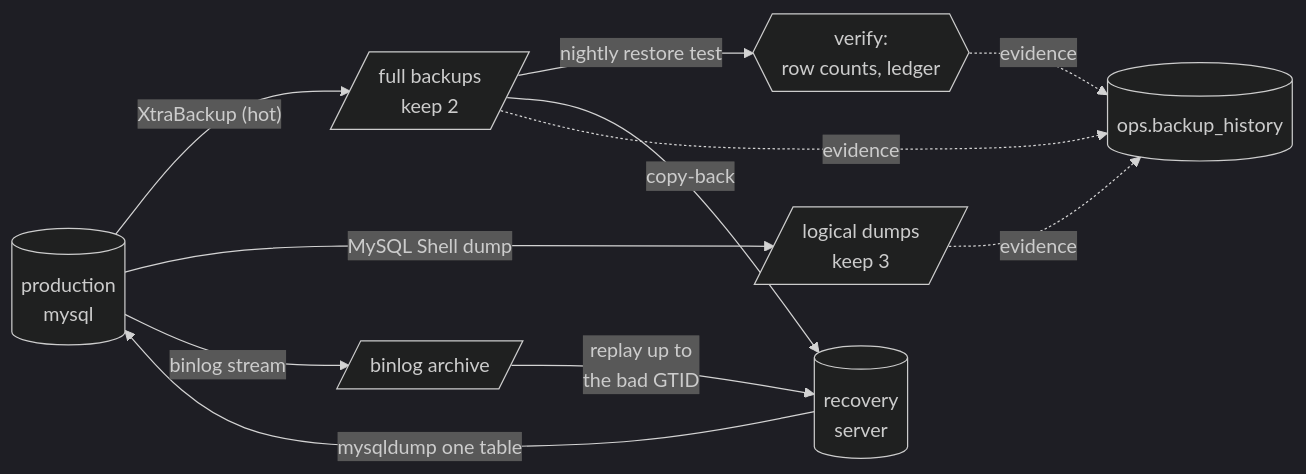
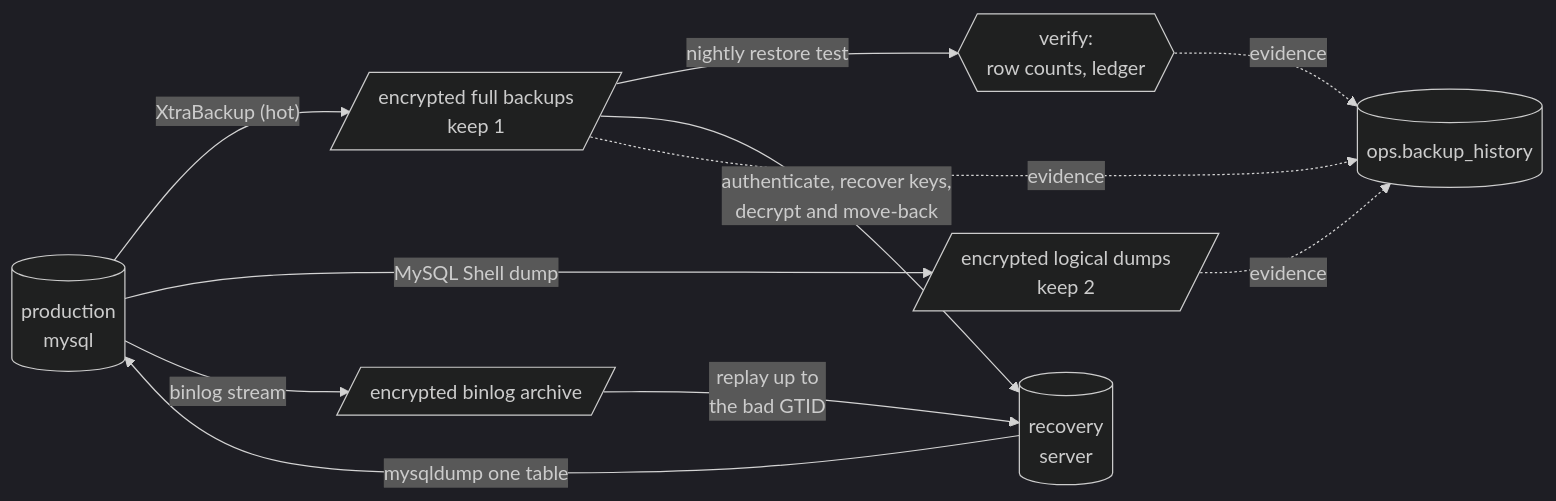
The diagram in docs/03-backup-dr.md (mhashimzaffarvirk1995-prog/DBA-profolio), drawn with Mermaid (dark theme) before and after one commit. The commit also changed other lines of this file and 75 other files, not shown here.

````diff
--- a/docs/03-backup-dr.md
+++ b/docs/03-backup-dr.md
@@ -13,11 +27,11 @@
 ```mermaid
 flowchart LR
-  P[(production<br/>mysql)] -- "XtraBackup (hot)" --> F[/full backups<br/>keep 2/]
-  P -- "MySQL Shell dump" --> L[/logical dumps<br/>keep 3/]
-  P -- "binlog stream" --> B[/binlog archive/]
+  P[(production<br/>mysql)] -- "XtraBackup (hot)" --> F[/encrypted full backups<br/>keep 1/]
+  P -- "MySQL Shell dump" --> L[/encrypted logical dumps<br/>keep 2/]
+  P -- "binlog stream" --> B[/encrypted binlog archive/]
   F -- "nightly restore test" --> V{{verify:<br/>row counts, ledger}}
-  F -- "copy-back" --> R[(recovery<br/>server)]
+  F -- "authenticate, recover keys,<br/>decrypt and move-back" --> R[(recovery<br/>server)]
   B -- "replay up to<br/>the bad GTID" --> R
   R -- "mysqldump one table" --> P
   F & L & V -. "evidence" .-> H[(ops.backup_history)]
 ```
````
